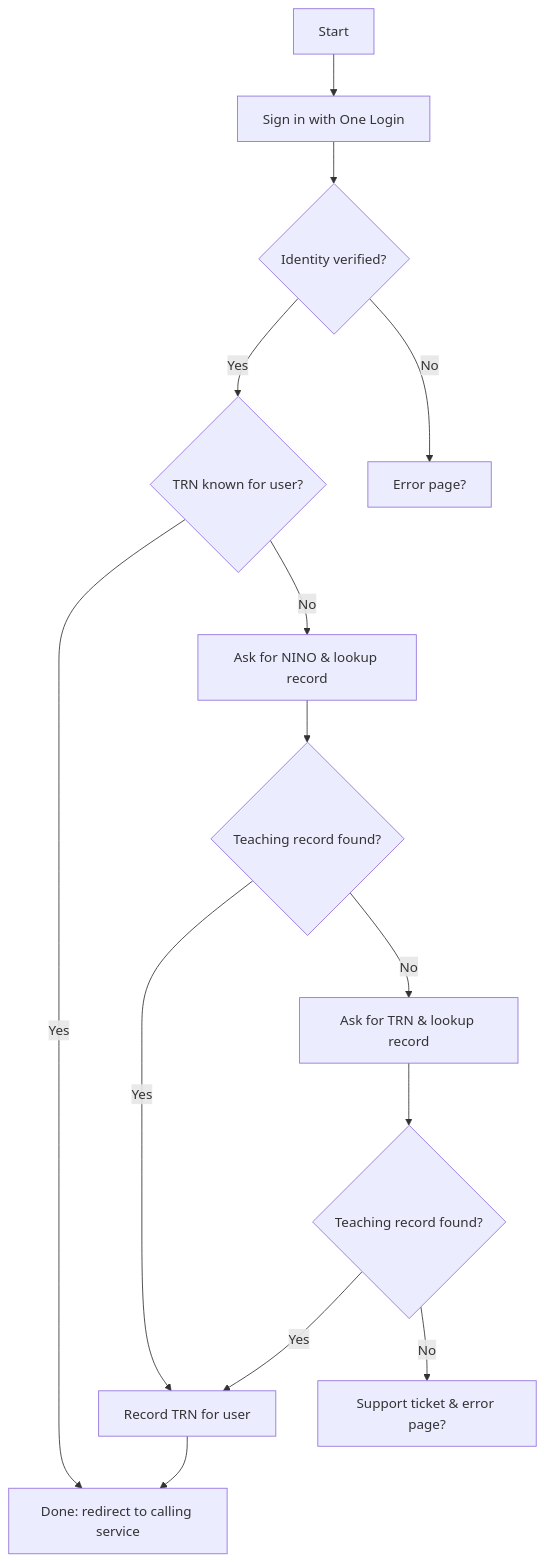
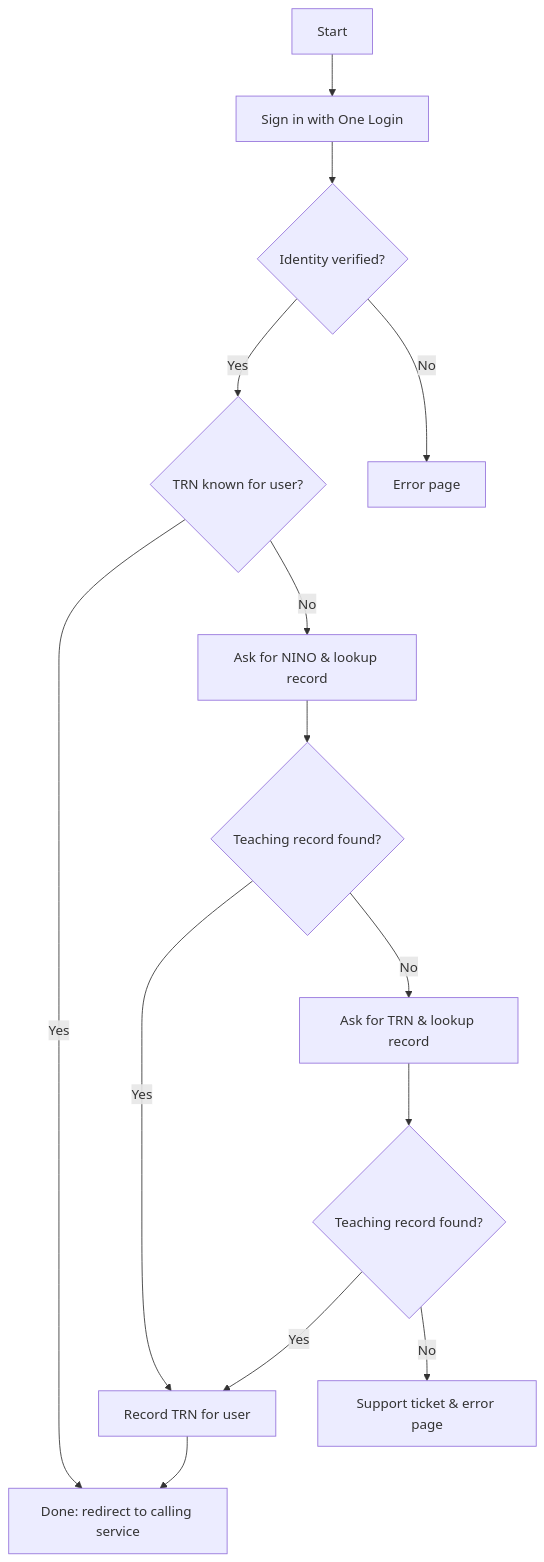
One commit to DFE-Digital/teaching-record-system changed the first of 2 diagrams in docs/trs-gov.one-login-flow.md. Above: the diagram before and after it, drawn with Mermaid. The commit also changed other lines of this file, not shown here.

Commit message:
Adds a revised One Login journey for services that require TRN allocation

````diff
--- a/docs/trs-gov.one-login-flow.md
+++ b/docs/trs-gov.one-login-flow.md
@@ -6,17 +6,17 @@
 ```mermaid
   flowchart TD
   Start[Start] --> OneLogin[Sign in with One Login]
   OneLogin --> Verified{Identity verified?}
   Verified -->|Yes| TrnKnown{TRN known for user?}
   TrnKnown -->|Yes| Done
   TrnKnown -->|No| Nino[Ask for NINO & lookup record]
   Nino --> FoundAfterNino{Teaching record found?}
   FoundAfterNino -->|Yes| RecordTrn[Record TRN for user]
   RecordTrn --> Done
   FoundAfterNino -->|No| Trn[Ask for TRN & lookup record]
   Trn --> FoundAfterTrn{Teaching record found?}
   FoundAfterTrn -->|Yes| RecordTrn
-  FoundAfterTrn -->|No| LookupFailed[Support ticket & error page?]
-  Verified -->|No| VerificationFailed[Error page?]
+  FoundAfterTrn -->|No| LookupFailed[Support ticket & error page]
+  Verified -->|No| VerificationFailed[Error page]
   Done[Done: redirect to calling service]
 ```
````
